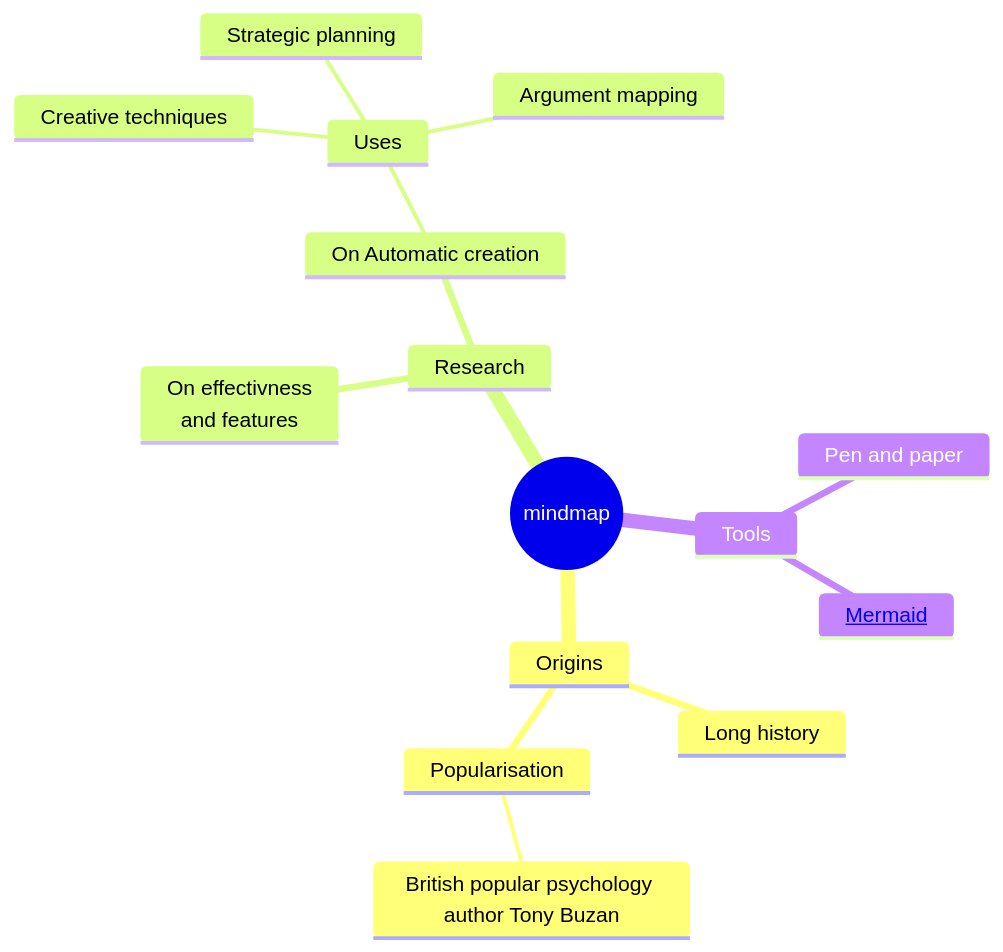
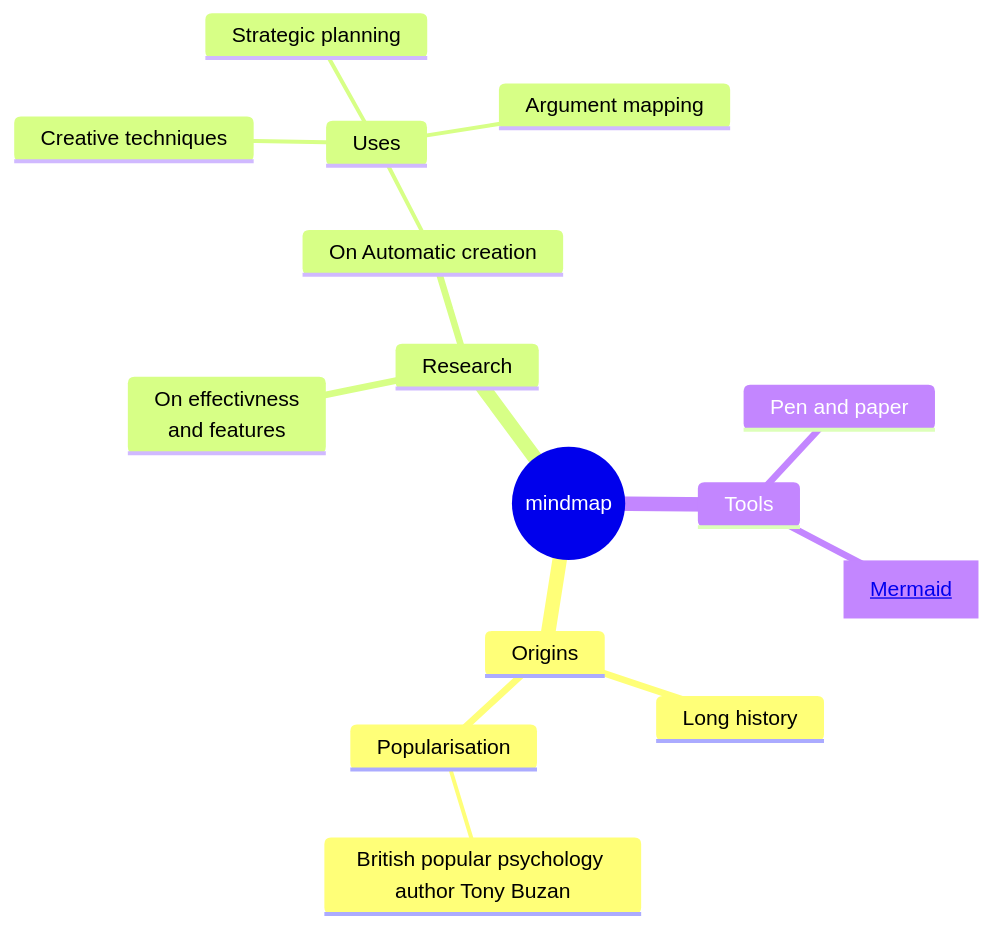
One commit to aghazadehm/test changed the diagram in test1.md. Above: the diagram before and after it, drawn with Mermaid.

````diff
--- a/test1.md
+++ b/test1.md
@@ -1,19 +1,19 @@
 ```mermaid
 mindmap
   root((mindmap))
     Origins
       Long history
       ::icon(fa fa-book)
       Popularisation
         British popular psychology author Tony Buzan
     Research
       On effectivness<br/>and features
       On Automatic creation
         Uses
             Creative techniques
             Strategic planning
             Argument mapping
     Tools
       Pen and paper
-      <a href="https://github.com/aghazadehm/test/blob/main/test.md?plain=1">Mermaid</a>
+      [<a href="https://github.com/aghazadehm/test/blob/main/test.md?plain=1">Mermaid</a>]
 ```
````
